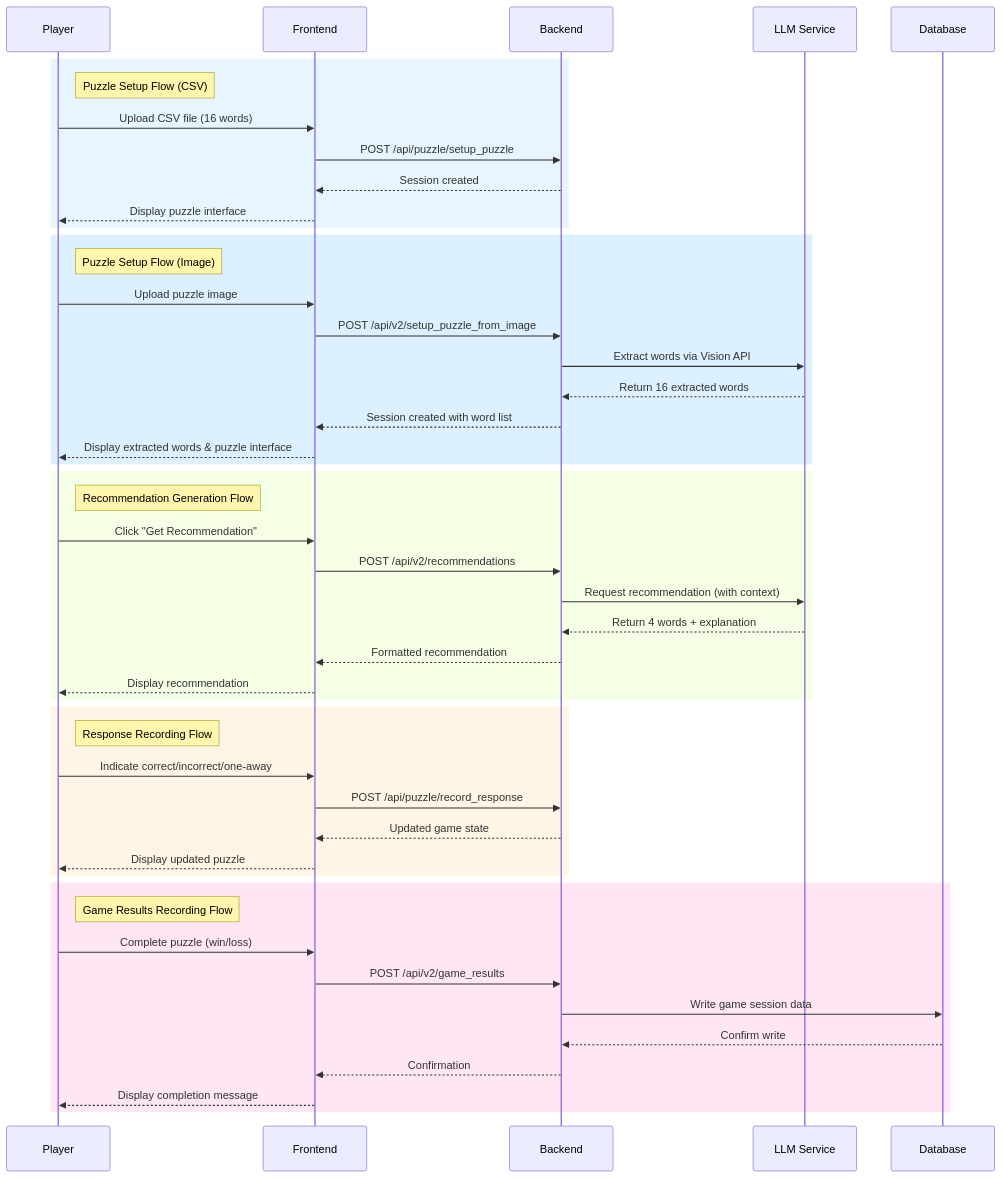
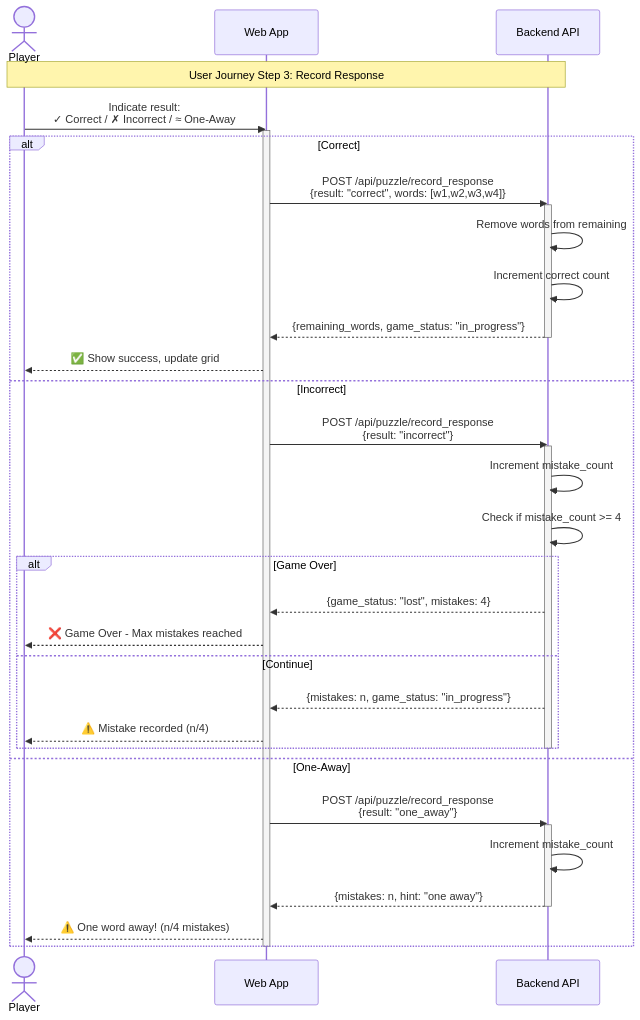
Before and after one commit to jimthompson5802/sdd_connection_solver2: the seventh of 11 diagrams in docs/diagrams/connection_solver_architecture.md, drawn with Mermaid. The commit also changed other lines of this file and 3 other files, not shown here.

First line of the commit message:
DOC: Update CALM architecture with additional simple provider metadata (#26)

````diff
--- a/docs/diagrams/connection_solver_architecture.md
+++ b/docs/diagrams/connection_solver_architecture.md
@@ -77,59 +334,43 @@
 ```mermaid
 sequenceDiagram
-    participant P as Player
-    participant F as Frontend
-    participant B as Backend
-    participant L as LLM Service
-    participant D as Database
+    actor Player
+    participant Frontend as Web App
+    participant Backend as Backend API
 
-    %% Puzzle Setup Flow
-    rect rgb(230, 245, 255)
-        note right of P: Puzzle Setup Flow (CSV)
-        P->>F: Upload CSV file (16 words)
-        F->>B: POST /api/puzzle/setup_puzzle
-        B-->>F: Session created
-        F-->>P: Display puzzle interface
+    Note over Player,Backend: User Journey Step 3: Record Response
+
+    Player->>Frontend: Indicate result:<br/>✓ Correct / ✗ Incorrect / ≈ One-Away
+    activate Frontend
+
+    alt Correct
+        Frontend->>Backend: POST /api/puzzle/record_response<br/>{result: "correct", words: [w1,w2,w3,w4]}
+        activate Backend
+        Backend->>Backend: Remove words from remaining
+        Backend->>Backend: Increment correct count
+        Backend-->>Frontend: {remaining_words, game_status: "in_progress"}
+        deactivate Backend
+        Frontend-->>Player: ✅ Show success, update grid
+    else Incorrect
+        Frontend->>Backend: POST /api/puzzle/record_response<br/>{result: "incorrect"}
+        activate Backend
+        Backend->>Backend: Increment mistake_count
+        Backend->>Backend: Check if mistake_count >= 4
+        alt Game Over
+            Backend-->>Frontend: {game_status: "lost", mistakes: 4}
+            Frontend-->>Player: ❌ Game Over - Max mistakes reached
+        else Continue
+            Backend-->>Frontend: {mistakes: n, game_status: "in_progress"}
+            Frontend-->>Player: ⚠️ Mistake recorded (n/4)
+        end
+        deactivate Backend
+    else One-Away
+        Frontend->>Backend: POST /api/puzzle/record_response<br/>{result: "one_away"}
+        activate Backend
+        Backend->>Backend: Increment mistake_count
+        Backend-->>Frontend: {mistakes: n, hint: "one away"}
+        deactivate Backend
+        Frontend-->>Player: ⚠️ One word away! (n/4 mistakes)
     end
 
-    %% Image Puzzle Setup Flow
-    rect rgb(220, 240, 255)
-        note right of P: Puzzle Setup Flow (Image)
-        P->>F: Upload puzzle image
-        F->>B: POST /api/v2/setup_puzzle_from_image
-        B->>L: Extract words via Vision API
-        L-->>B: Return 16 extracted words
-        B-->>F: Session created with word list
-        F-->>P: Display extracted words & puzzle interface
-    end
-
-    %% Recommendation Flow
-    rect rgb(245, 255, 230)
-        note right of P: Recommendation Generation Flow
-        P->>F: Click "Get Recommendation"
-        F->>B: POST /api/v2/recommendations
-        B->>L: Request recommendation (with context)
-        L-->>B: Return 4 words + explanation
-        B-->>F: Formatted recommendation
-        F-->>P: Display recommendation
-    end
-
-    %% Response Recording Flow
-    rect rgb(255, 245, 230)
-        note right of P: Response Recording Flow
-        P->>F: Indicate correct/incorrect/one-away
-        F->>B: POST /api/puzzle/record_response
-        B-->>F: Updated game state
-        F-->>P: Display updated puzzle
-    end
-
-    %% Game Results Flow
-    rect rgb(255, 230, 245)
-        note right of P: Game Results Recording Flow
-        P->>F: Complete puzzle (win/loss)
-        F->>B: POST /api/v2/game_results
-        B->>D: Write game session data
-        D-->>B: Confirm write
-        B-->>F: Confirmation
-        F-->>P: Display completion message
-    end
+    deactivate Frontend
 ```
````
